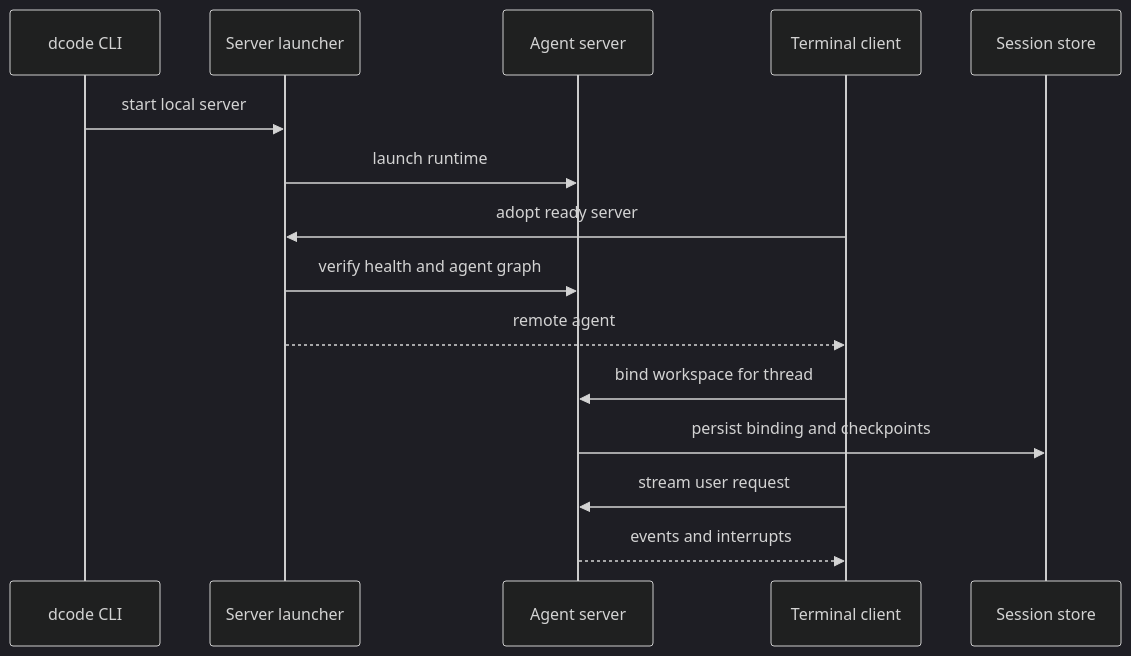
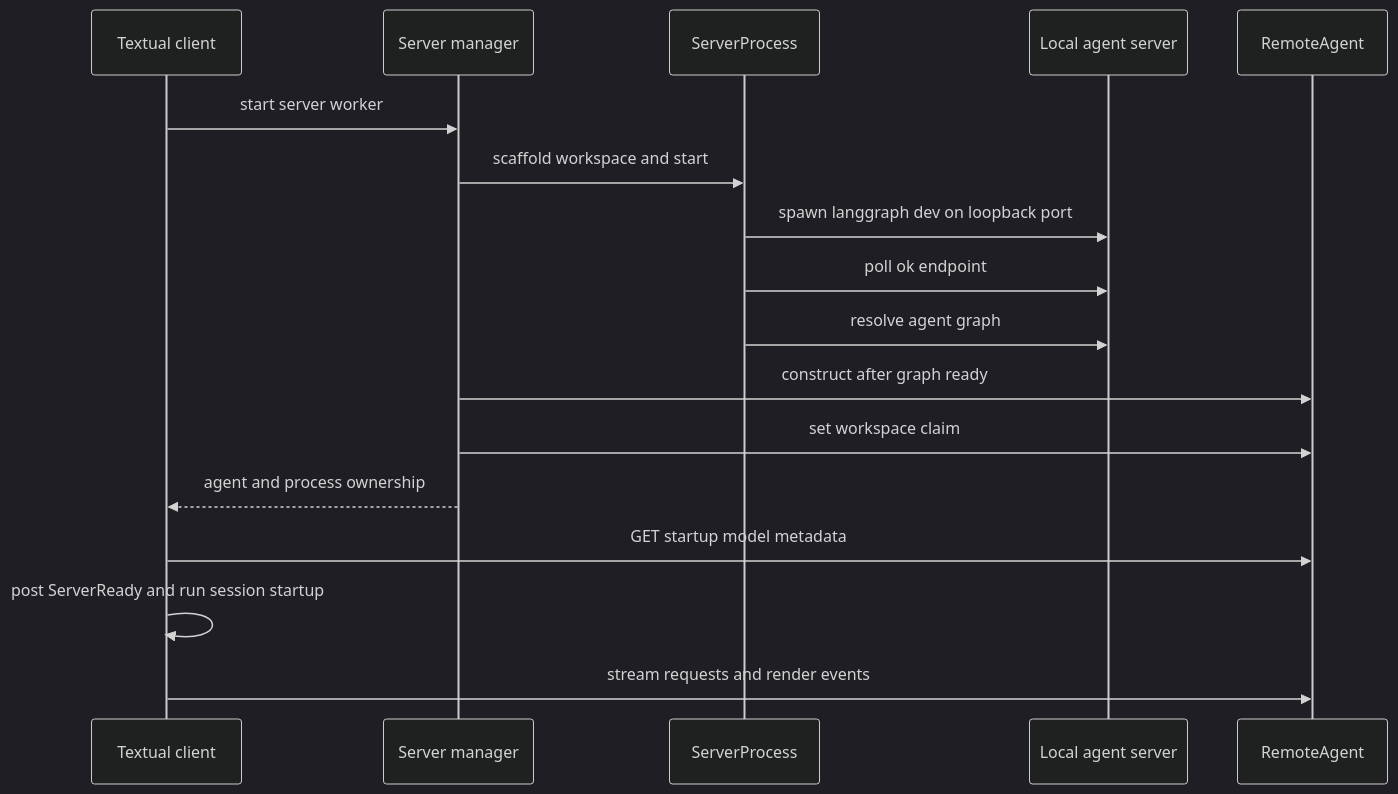
Before and after one commit to langchain-ai/deepagents: the first of 2 diagrams in openwiki/architecture/code-agent.md, drawn with Mermaid (dark theme). The commit also changed other lines of this file and 25 other files, not shown here.

````diff
--- a/openwiki/architecture/code-agent.md
+++ b/openwiki/architecture/code-agent.md
@@ -58,17 +76,19 @@
 ```mermaid
 sequenceDiagram
-    participant CLI as dcode CLI
-    participant Launcher as Server launcher
-    participant Server as Agent server
-    participant Terminal as Terminal client
-    participant Store as Session store
-    CLI->>Launcher: start local server
-    Launcher->>Server: launch runtime
-    Terminal->>Launcher: adopt ready server
-    Launcher->>Server: verify health and agent graph
-    Launcher-->>Terminal: remote agent
-    Terminal->>Server: bind workspace for thread
-    Server->>Store: persist binding and checkpoints
-    Terminal->>Server: stream user request
-    Server-->>Terminal: events and interrupts
+    participant Client as Textual client
+    participant Manager as Server manager
+    participant Process as ServerProcess
+    participant Server as Local agent server
+    participant Remote as RemoteAgent
+    Client->>Manager: start server worker
+    Manager->>Process: scaffold workspace and start
+    Process->>Server: spawn langgraph dev on loopback port
+    Process->>Server: poll ok endpoint
+    Process->>Server: resolve agent graph
+    Manager->>Remote: construct after graph ready
+    Manager->>Remote: set workspace claim
+    Manager-->>Client: agent and process ownership
+    Client->>Remote: GET startup model metadata
+    Client->>Client: post ServerReady and run session startup
+    Client->>Remote: stream requests and render events
 ```
````
